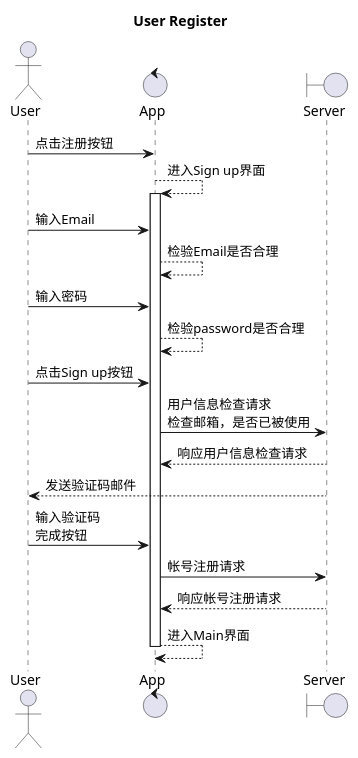
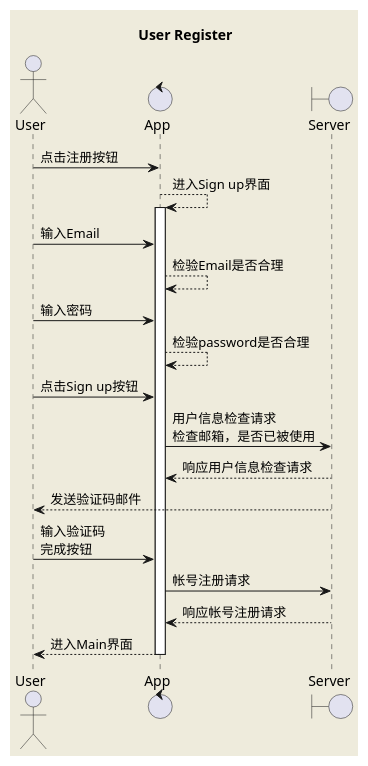
Before and after one commit to jigang-duan/Move-iOS: the diagram in docs/Move-ios-uml/register.puml, drawn with PlantUML. The commit also changed 4 other files, not shown here.

```diff
--- a/docs/Move-ios-uml/register.puml
+++ b/docs/Move-ios-uml/register.puml
@@ -1,32 +1,34 @@
 @startuml
+
+skinparam backgroundColor #EEEBDC
 
 title User Register
 
 actor User
 control App
 boundary Server
 
 User -> App: 点击注册按钮
 App --> App: 进入Sign up界面
 activate App
 
 User -> App: 输入Email
 App --> App: 检验Email是否合理
 
 User -> App: 输入密码
 App --> App: 检验password是否合理
 
 User -> App: 点击Sign up按钮
 App -> Server: 用户信息检查请求 \n检查邮箱，是否已被使用
 Server --> App: 响应用户信息检查请求
 Server --> User: 发送验证码邮件
 
 User -> App: 输入验证码 \n完成按钮
 App -> Server: 帐号注册请求
 Server --> App: 响应帐号注册请求
 
-App --> App: 进入Main界面
+App --> User: 进入Main界面
 deactivate App
 
 
 @enduml
```
